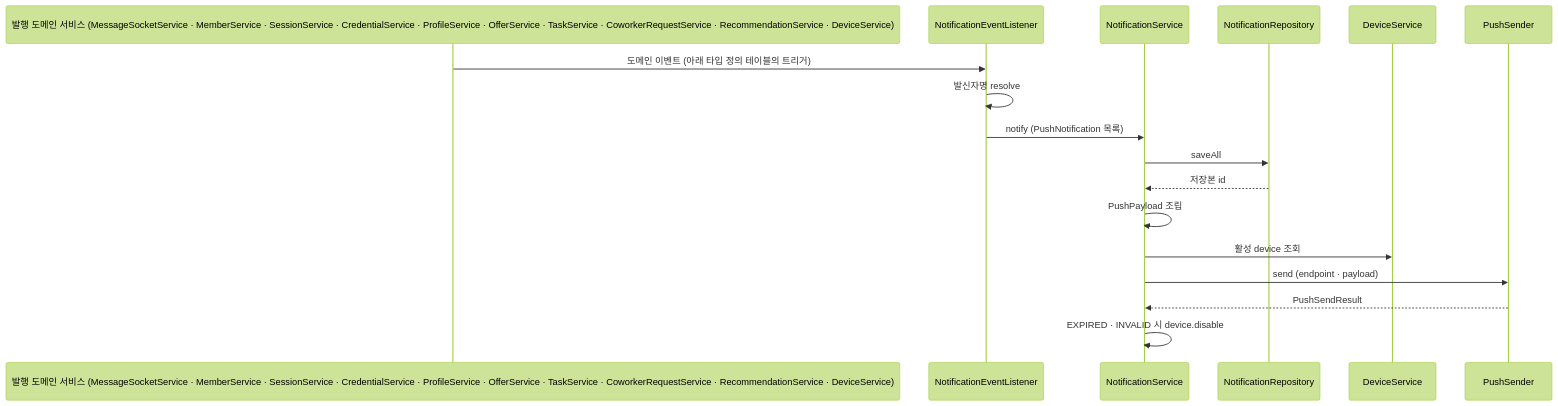
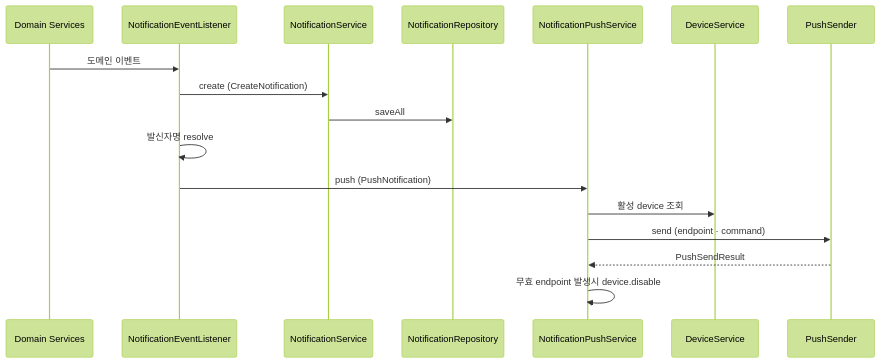
Before and after one commit to mortonCareer/bconnect: the first of 2 diagrams in apps/api/docs/notification-architecture.md, drawn with Mermaid (forest theme). The commit also changed other lines of this file and 37 other files, not shown here.

````diff
--- a/apps/api/docs/notification-architecture.md
+++ b/apps/api/docs/notification-architecture.md
@@ -7,20 +7,20 @@
 ```mermaid
 sequenceDiagram
-    participant Pub as 발행 도메인 서비스 (MessageSocketService · MemberService · SessionService · CredentialService · ProfileService · OfferService · TaskService · CoworkerRequestService · RecommendationService · DeviceService)
+    participant Pub as Domain Services
     participant Listener as NotificationEventListener
     participant Svc as NotificationService
     participant Repo as NotificationRepository
+    participant Push as NotificationPushService
     participant Device as DeviceService
     participant Sender as PushSender
 
-    Pub->>Listener: 도메인 이벤트 (아래 타입 정의 테이블의 트리거)
+    Pub->>Listener: 도메인 이벤트
+    Listener->>Svc: create (CreateNotification)
+    Svc->>Repo: saveAll
     Listener->>Listener: 발신자명 resolve
-    Listener->>Svc: notify (PushNotification 목록)
-    Svc->>Repo: saveAll
-    Repo-->>Svc: 저장본 id
-    Svc->>Svc: PushPayload 조립
-    Svc->>Device: 활성 device 조회
-    Svc->>Sender: send (endpoint · payload)
-    Sender-->>Svc: PushSendResult
-    Svc->>Svc: EXPIRED · INVALID 시 device.disable
+    Listener->>Push: push (PushNotification)
+    Push->>Device: 활성 device 조회
+    Push->>Sender: send (endpoint · command)
+    Sender-->>Push: PushSendResult
+    Push->>Push: 무효 endpoint 발생시 device.disable
 ```
````
